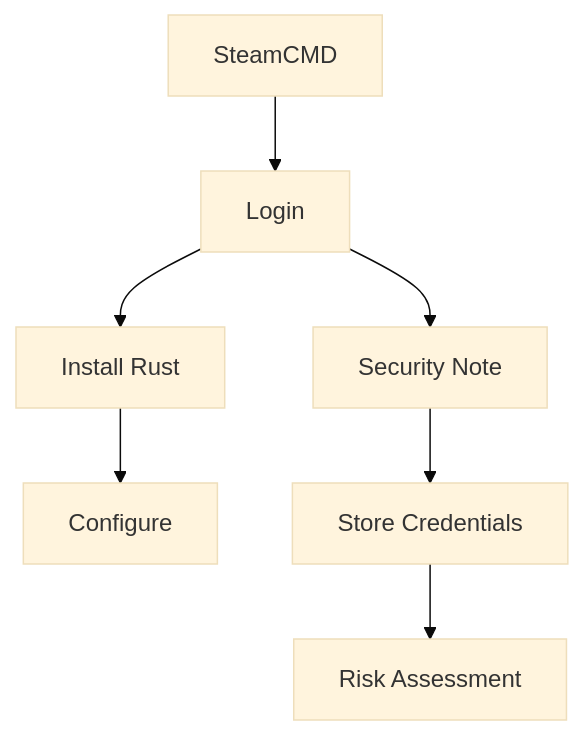
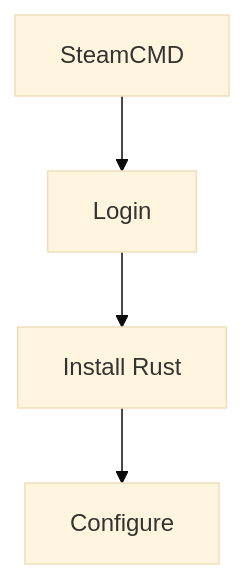
Before and after one commit to Hydepwns/nix-mox: the fifth of 5 diagrams in docs/guides/windows-automation-guide.md, drawn with Mermaid (base theme). The commit also changed other lines of this file and 145 other files, not shown here.

````diff
--- a/docs/guides/windows-automation-guide.md
+++ b/docs/guides/windows-automation-guide.md
@@ -106,10 +86,6 @@
 ```mermaid
 graph TD
     A[SteamCMD] --> B[Login]
     B --> C[Install Rust]
     C --> D[Configure]
-    
-    B --> E[Security Note]
-    E --> F[Store Credentials]
-    F --> G[Risk Assessment]
 ```
````
